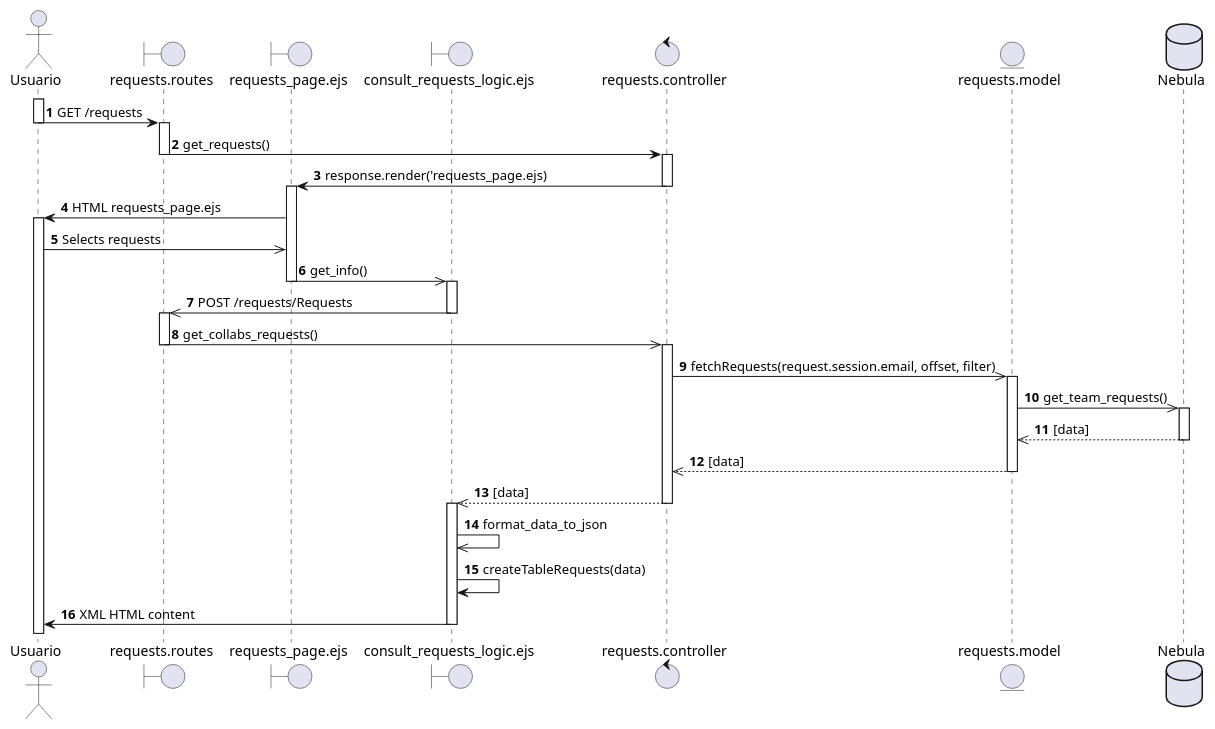
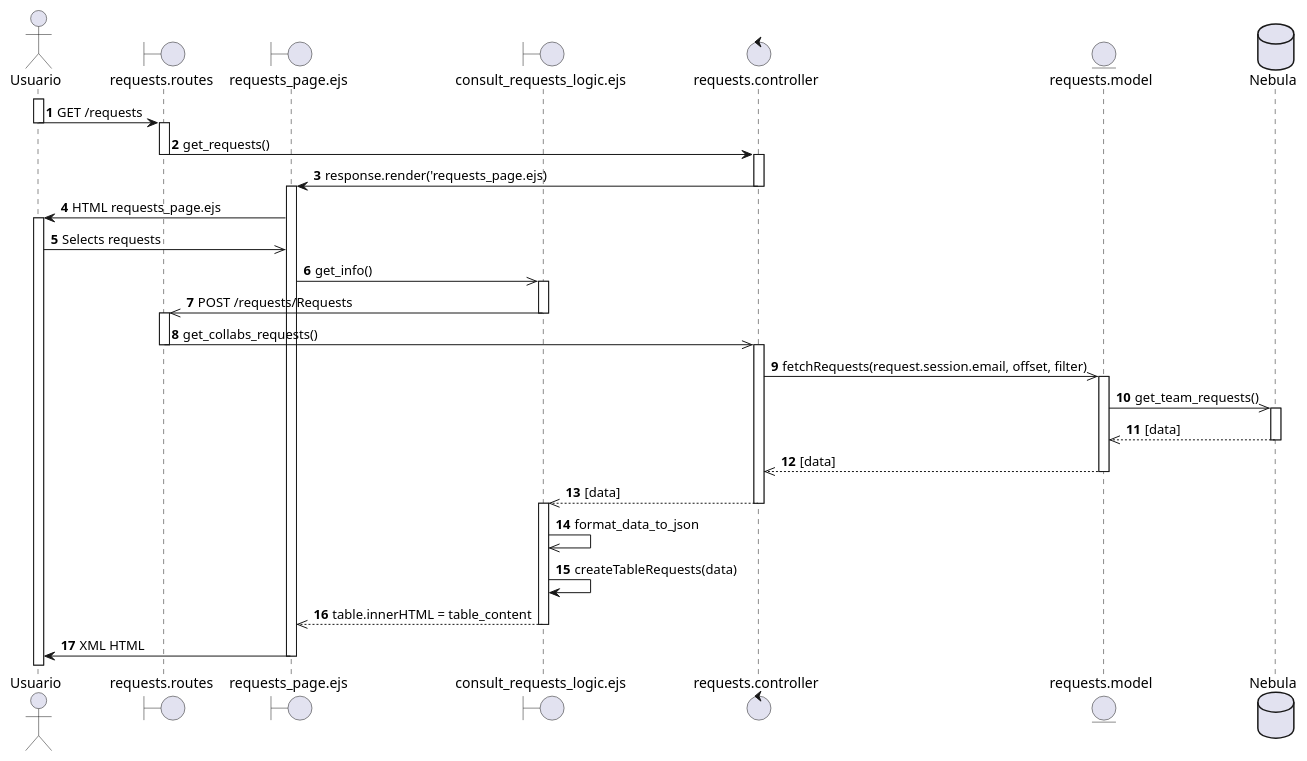
Before and after one commit to SALV19/Nebula_tc2005b: the diagram in diagramas_secuencia/leader_consult_abscence_requests.puml, drawn with PlantUML.

Commit message:
[FIX] diagram

```diff
--- a/diagramas_secuencia/leader_consult_abscence_requests.puml
+++ b/diagramas_secuencia/leader_consult_abscence_requests.puml
@@ -1,50 +1,51 @@
 @startuml Prueba
 autonumber
 actor Usuario as u
 boundary requests.routes as rr
 boundary requests_page.ejs as rpe
 boundary consult_requests_logic.ejs as crl
 control requests.controller as rc
 entity requests.model as rm
 database Nebula as db
 
 activate u
 u -> rr : GET /requests
 deactivate u
 
 activate rr
 rr -> rc : get_requests()
 deactivate rr
 activate rc
 rc -> rpe : response.render('requests_page.ejs)
 deactivate rc
 activate rpe 
 rpe -> u : HTML requests_page.ejs
 activate u
 u ->> rpe : Selects requests
 rpe ->> crl : get_info()
-deactivate rpe
 activate crl
 crl ->> rr : POST /requests/Requests
 deactivate crl
 activate rr
 rr ->> rc : get_collabs_requests()
 deactivate rr
 activate rc
 rc ->> rm : fetchRequests(request.session.email, offset, filter)
 activate rm
 rm ->> db : get_team_requests()
 activate db
 db -->> rm : [data] 
 deactivate db
 rm -->> rc : [data]
 deactivate rm
 rc -->> crl : [data]
 deactivate rc
 activate crl
 crl ->> crl : format_data_to_json
 crl -> crl : createTableRequests(data)
-crl -> u : XML HTML content
+crl -->> rpe : table.innerHTML = table_content
 deactivate crl
+rpe -> u : XML HTML
+deactivate rpe
 
 @enduml
```
